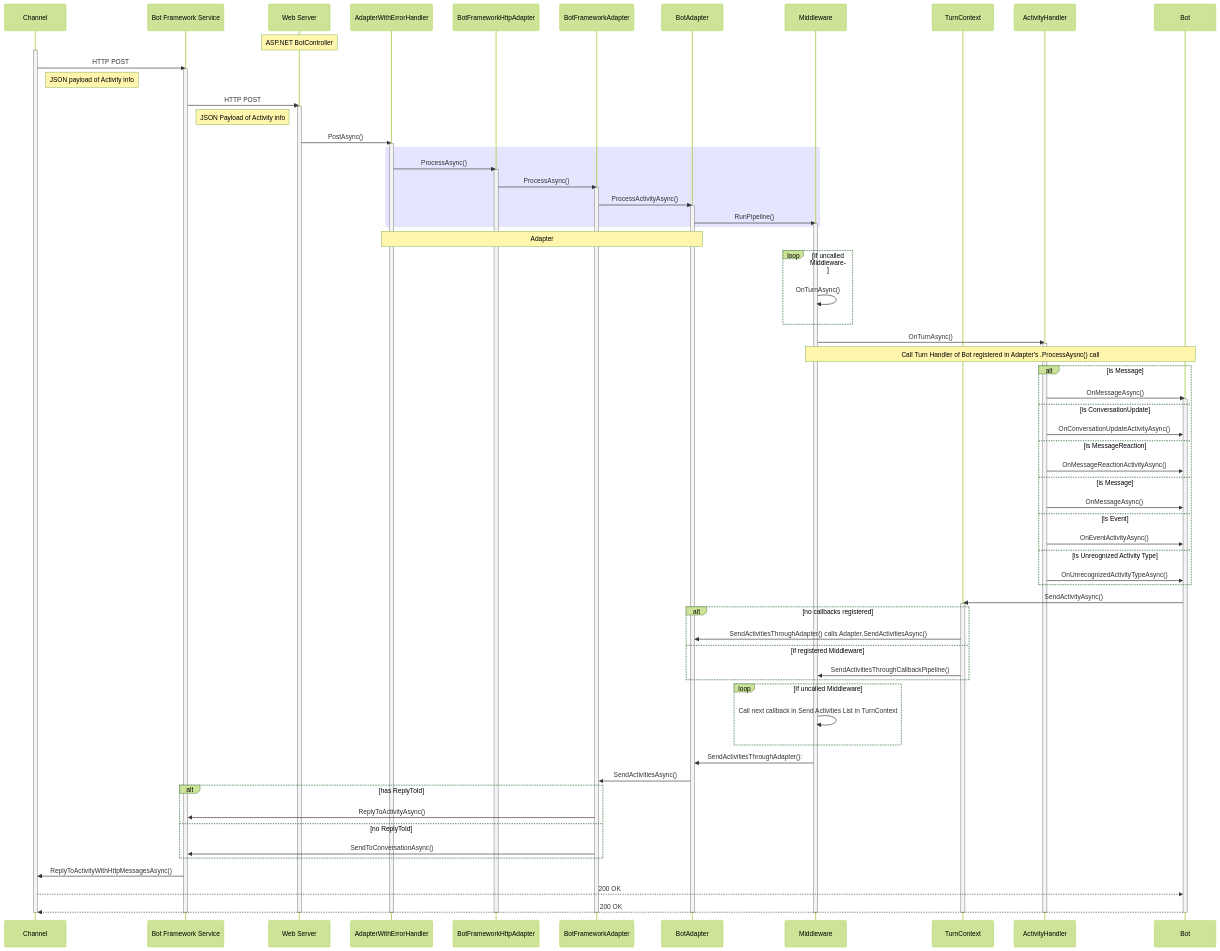
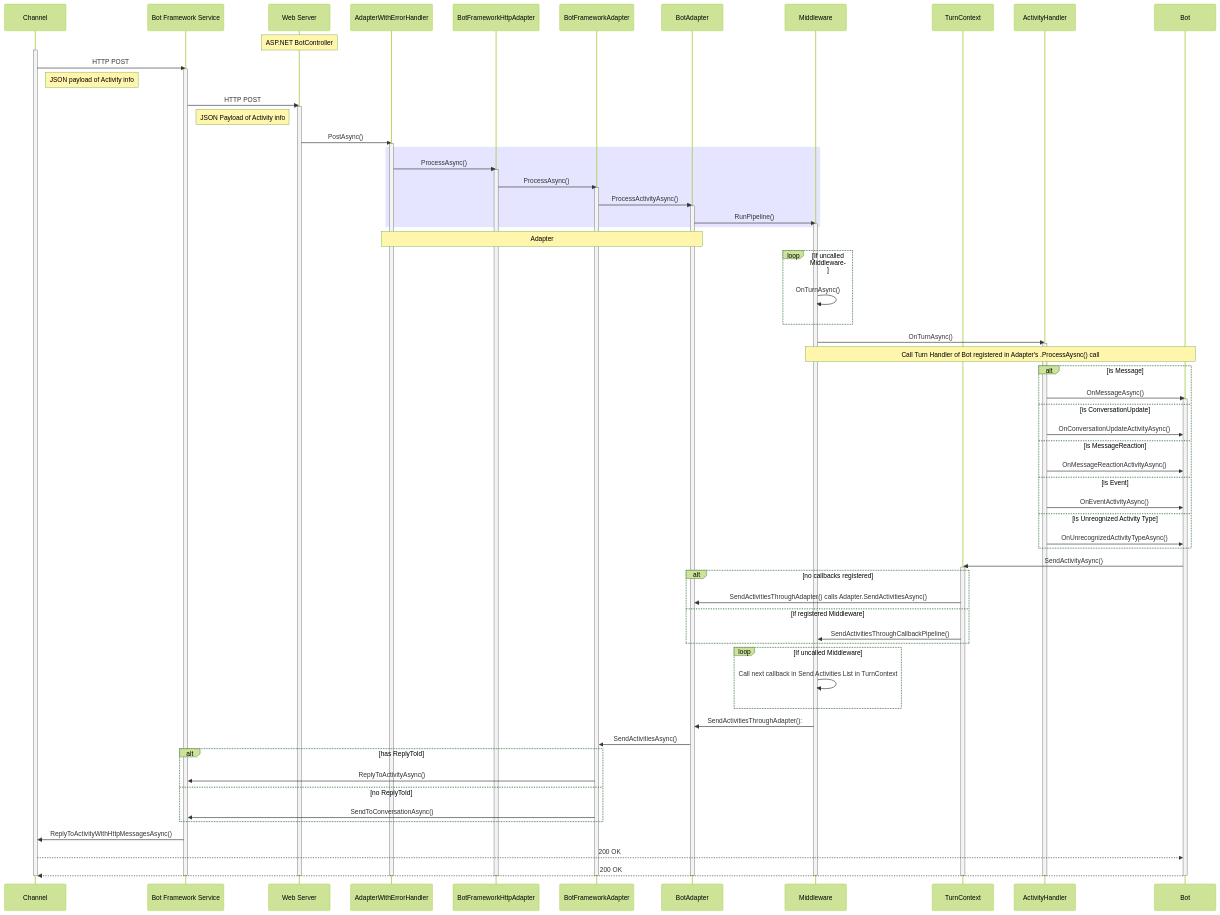
Before and after one commit to Zerryth/Mermaid: the diagram in MarkdownFiles/ActivityFlow/ActivityFlow2.md, drawn with Mermaid (forest theme). The commit also changed 1 other file, not shown here.

Commit message:
fixed alt error in C# Activity Flow; JS Activity flow started, but missing Middleware reponse pipeline

```diff
--- a/MarkdownFiles/ActivityFlow/ActivityFlow2.md
+++ b/MarkdownFiles/ActivityFlow/ActivityFlow2.md
@@ -56,9 +56,6 @@
             else is MessageReaction
                 ActivityHandler ->> Bot: OnMessageReactionActivityAsync()
             
-            else is Message
-                ActivityHandler ->> Bot: OnMessageAsync()
-            
             else is Event
                 ActivityHandler ->> Bot: OnEventActivityAsync()
             
```
